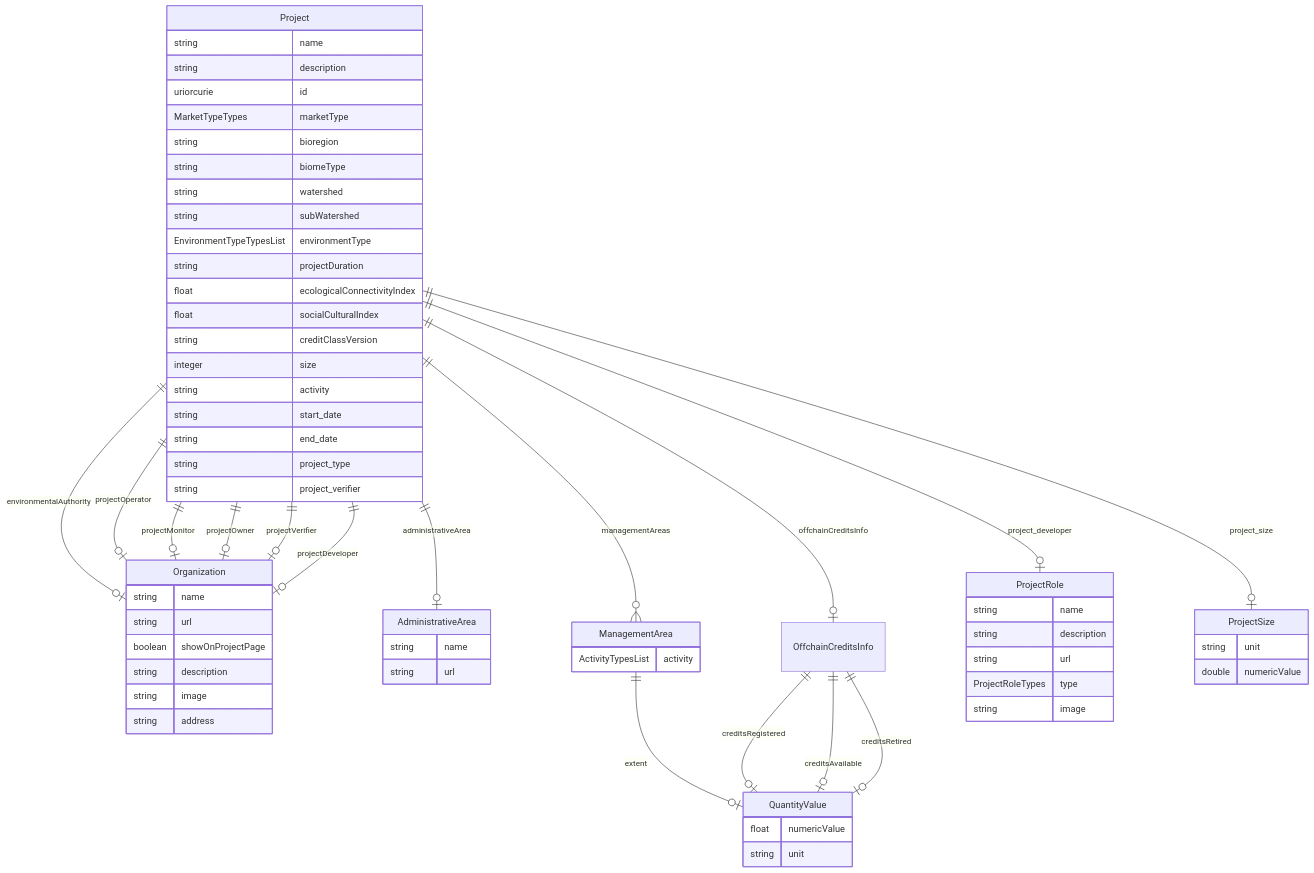
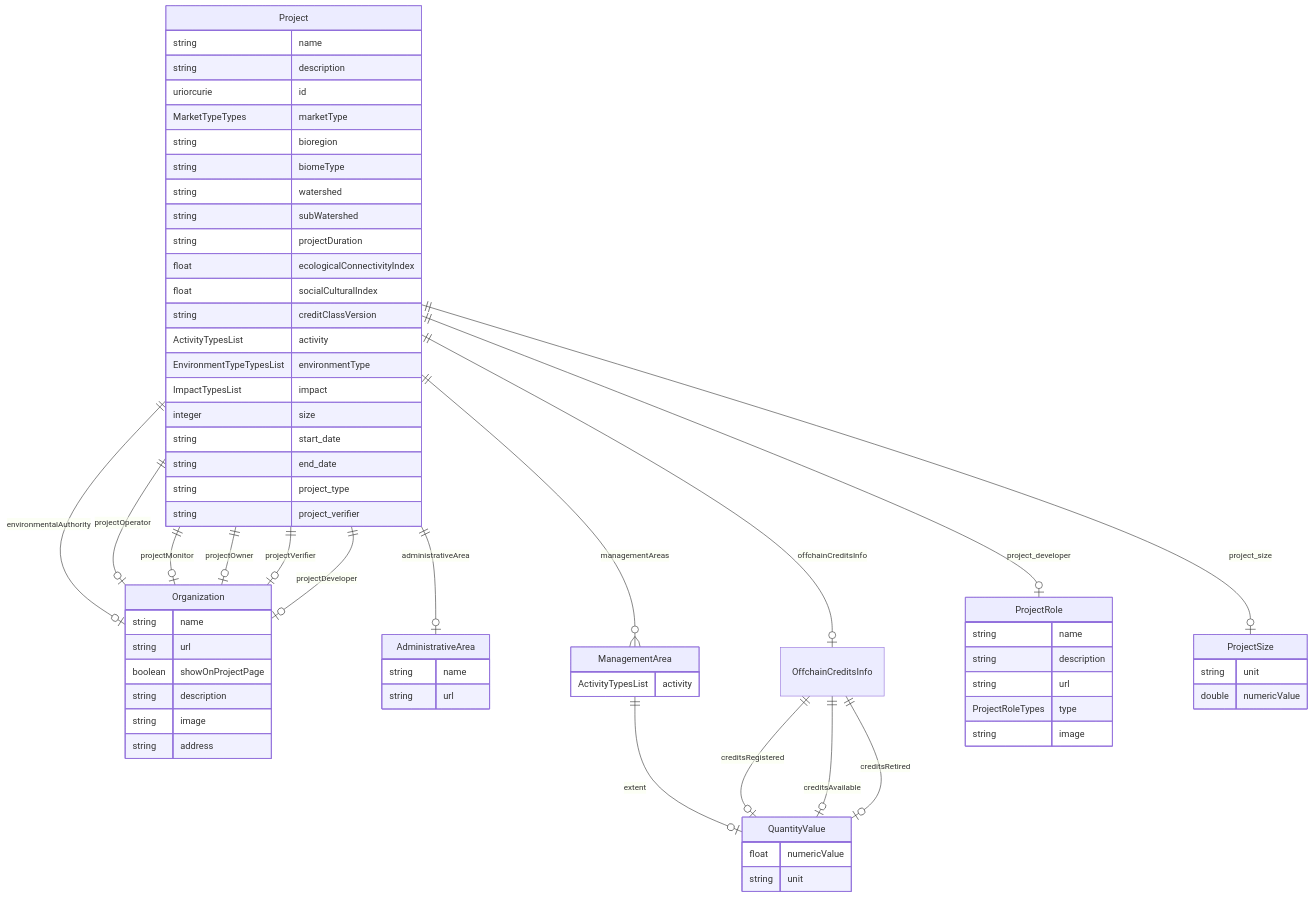
Before and after one commit to regen-network/regen-data-standards: the diagram in schema/generated/Project.md, drawn with Mermaid. The commit also changed other lines of this file and 14 other files, not shown here.

````diff
--- a/schema/generated/Project.md
+++ b/schema/generated/Project.md
@@ -11,74 +11,75 @@
 ```mermaid
 erDiagram
 Project {
     string name  
     string description  
     uriorcurie id  
     MarketTypeTypes marketType  
     string bioregion  
     string biomeType  
     string watershed  
     string subWatershed  
-    EnvironmentTypeTypesList environmentType  
     string projectDuration  
     float ecologicalConnectivityIndex  
     float socialCulturalIndex  
     string creditClassVersion  
+    ActivityTypesList activity  
+    EnvironmentTypeTypesList environmentType  
+    ImpactTypesList impact  
     integer size  
-    string activity  
     string start_date  
     string end_date  
     string project_type  
     string project_verifier  
 }
 Organization {
     string name  
     string url  
     boolean showOnProjectPage  
     string description  
     string image  
     string address  
 }
 AdministrativeArea {
     string name  
     string url  
 }
 ManagementArea {
     ActivityTypesList activity  
 }
 QuantityValue {
     float numericValue  
     string unit  
 }
 OffchainCreditsInfo {
 
 }
 ProjectRole {
     string name  
     string description  
     string url  
     ProjectRoleTypes type  
     string image  
 }
 ProjectSize {
     string unit  
     double numericValue  
 }
 
 Project ||--|o ProjectSize : "project_size"
 Project ||--|o ProjectRole : "project_developer"
 Project ||--|o Organization : "environmentalAuthority"
 Project ||--|o OffchainCreditsInfo : "offchainCreditsInfo"
 Project ||--}o ManagementArea : "managementAreas"
 Project ||--|o AdministrativeArea : "administrativeArea"
 Project ||--|o Organization : "projectOperator"
 Project ||--|o Organization : "projectMonitor"
 Project ||--|o Organization : "projectOwner"
 Project ||--|o Organization : "projectVerifier"
 Project ||--|o Organization : "projectDeveloper"
 ManagementArea ||--|o QuantityValue : "extent"
 OffchainCreditsInfo ||--|o QuantityValue : "creditsRegistered"
 OffchainCreditsInfo ||--|o QuantityValue : "creditsAvailable"
 OffchainCreditsInfo ||--|o QuantityValue : "creditsRetired"
 
 ```
````
